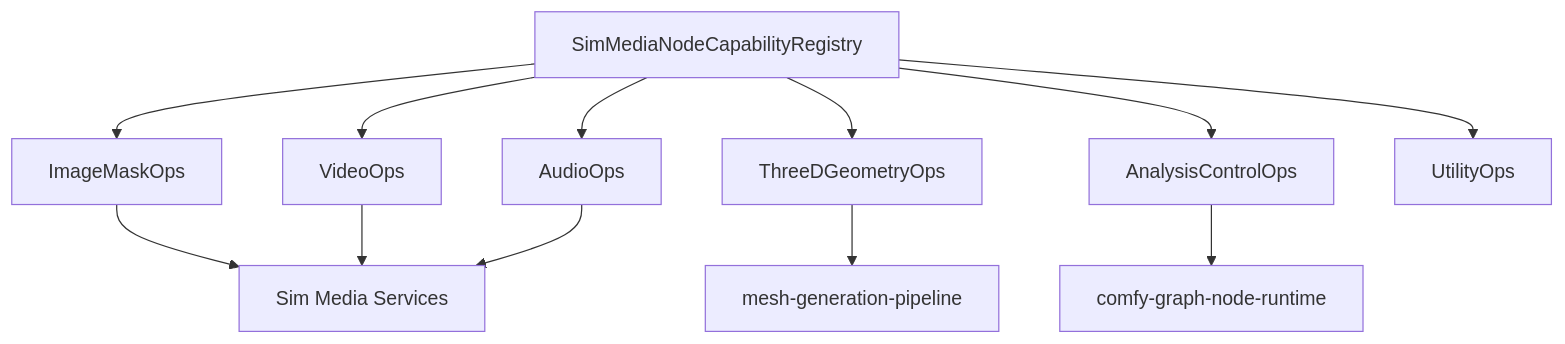
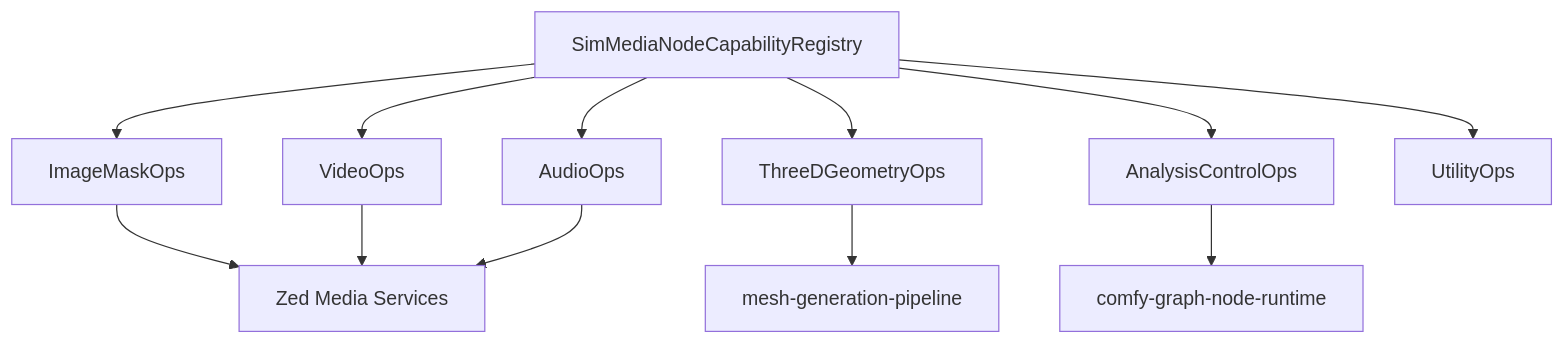
The diagram in .agents/specs/godot-migration/comfy-media-node-pipelines/design.md (imagineerings/xor), drawn with Mermaid before and after one commit. The commit also changed other lines of this file and 2547 other files, not shown here.

````diff
--- a/.agents/specs/godot-migration/comfy-media-node-pipelines/design.md
+++ b/.agents/specs/godot-migration/comfy-media-node-pipelines/design.md
@@ -9,14 +9,14 @@
 ```mermaid
 flowchart TD
     Registry[SimMediaNodeCapabilityRegistry] --> Images[ImageMaskOps]
     Registry --> Video[VideoOps]
     Registry --> Audio[AudioOps]
     Registry --> ThreeD[ThreeDGeometryOps]
     Registry --> Analysis[AnalysisControlOps]
     Registry --> Utilities[UtilityOps]
-    Images --> Media[Sim Media Services]
+    Images --> Media[Zed Media Services]
     Video --> Media
     Audio --> Media
     ThreeD --> Mesh[mesh-generation-pipeline]
     Analysis --> Graph[comfy-graph-node-runtime]
 ```
````
